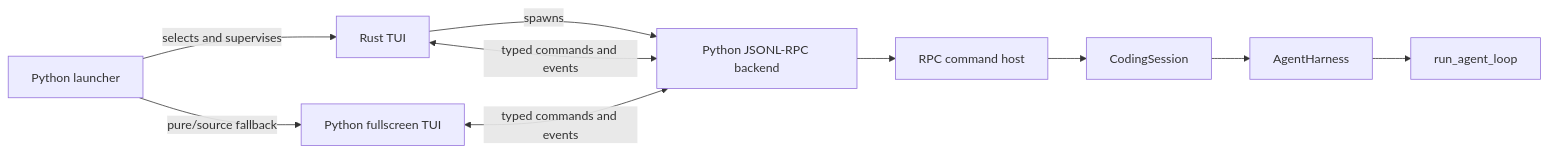
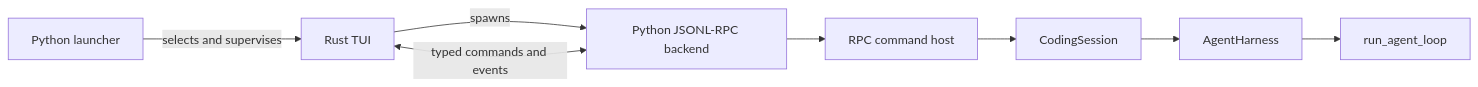
One commit to whanyu1212/Wisp changed the diagram in site/architecture/rust-tui-boundary.md. Above: the diagram before and after it, drawn with Mermaid. The commit also changed other lines of this file and 86 other files, not shown here.

Commit message:
Retire Python terminal UI and require Rust TUI

````diff
--- a/site/architecture/rust-tui-boundary.md
+++ b/site/architecture/rust-tui-boundary.md
@@ -26,12 +20,10 @@
 ```mermaid
 flowchart LR
   Launcher[Python launcher] -->|selects and supervises| Rust[Rust TUI]
   Rust -->|spawns| Backend[Python JSONL-RPC backend]
   Rust <-->|typed commands and events| Backend
-  Launcher -->|pure/source fallback| Fullscreen[Python fullscreen TUI]
-  Fullscreen <-->|typed commands and events| Backend
   Backend --> Host[RPC command host]
   Host --> Session[CodingSession]
   Session --> Harness[AgentHarness]
   Harness --> Loop[run_agent_loop]
 ```
````
